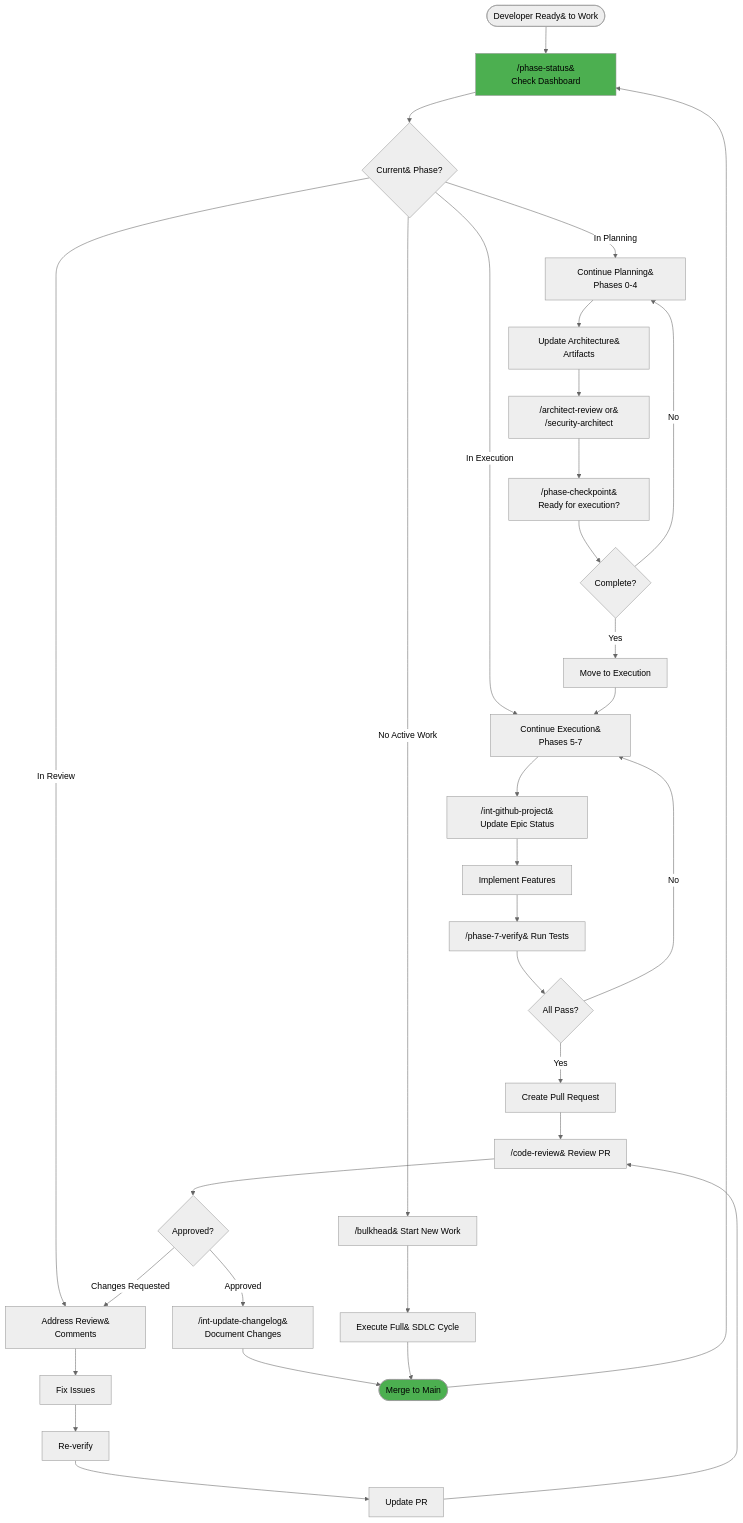
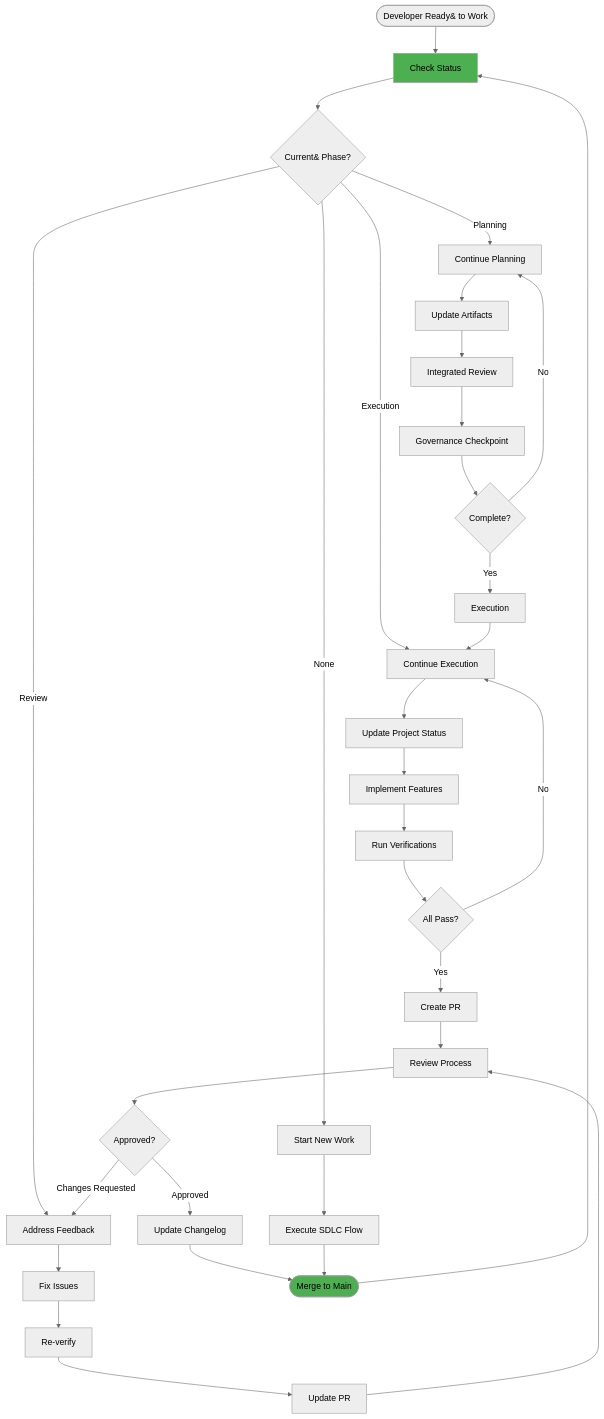
Before and after one commit to agarwalvipin/bulkhead: the fourth of 8 diagrams in docs/workflow-scenarios.md, drawn with Mermaid (neutral theme). The commit also changed other lines of this file and 19 other files, not shown here.

````diff
--- a/docs/workflow-scenarios.md
+++ b/docs/workflow-scenarios.md
@@ -178,48 +180,48 @@
 ```mermaid
 graph TD
-    Start(["Developer Ready&#10;to Work"]) --> Status["/phase-status&#10;Check Dashboard"]
+    Start(["Developer Ready&#10;to Work"]) --> Status["Check Status"]
     
     Status --> StatusCheck{"Current&#10;Phase?"}
     
-    StatusCheck -->|No Active Work| NewWork["/bulkhead&#10;Start New Work"]
-    StatusCheck -->|In Planning| Planning["Continue Planning&#10;Phases 0-4"]
-    StatusCheck -->|In Execution| Execution["Continue Execution&#10;Phases 5-7"]
-    StatusCheck -->|In Review| Review["Address Review&#10;Comments"]
+    StatusCheck -->|None| NewWork["Start New Work"]
+    StatusCheck -->|Planning| Planning["Continue Planning"]
+    StatusCheck -->|Execution| Execution["Continue Execution"]
+    StatusCheck -->|Review| Review["Address Feedback"]
     
-    NewWork --> FullCycle["Execute Full&#10;SDLC Cycle"]
+    NewWork --> FullCycle["Execute SDLC Flow"]
     
-    Planning --> UpdateArtifacts["Update Architecture&#10;Artifacts"]
-    UpdateArtifacts --> PlanningReview["/architect-review or&#10;/security-architect"]
-    PlanningReview --> CheckPoint1["/phase-checkpoint&#10;Ready for execution?"]
+    Planning --> UpdateArtifacts["Update Artifacts"]
+    UpdateArtifacts --> PlanningReview["Integrated Review"]
+    PlanningReview --> CheckPoint1["Governance Checkpoint"]
     CheckPoint1 --> Proceed1{Complete?}
     Proceed1 -->|No| Planning
-    Proceed1 -->|Yes| ToExecution[Move to Execution]
+    Proceed1 -->|Yes| ToExecution[Execution]
     
-    Execution --> GitSync["/int-github-project&#10;Update Epic Status"]
+    Execution --> GitSync["Update Project Status"]
     GitSync --> WriteCode[Implement Features]
-    WriteCode --> Verify["/phase-7-verify&#10;Run Tests"]
+    WriteCode --> Verify["Run Verifications"]
     Verify --> VerifyOK{All Pass?}
     VerifyOK -->|No| Execution
-    VerifyOK -->|Yes| CreatePR[Create Pull Request]
+    VerifyOK -->|Yes| CreatePR[Create PR]
     
-    CreatePR --> CodeReviewFlow["/code-review&#10;Review PR"]
+    CreatePR --> CodeReviewFlow["Review Process"]
     
     Review --> AddressComments[Fix Issues]
     AddressComments --> Reverify[Re-verify]
     Reverify --> UpdatePR[Update PR]
     
     CodeReviewFlow --> ReviewDecision{Approved?}
     UpdatePR --> CodeReviewFlow
     
     ReviewDecision -->|Changes Requested| Review
-    ReviewDecision -->|Approved| UpdateLog["/int-update-changelog&#10;Document Changes"]
+    ReviewDecision -->|Approved| UpdateLog["Update Changelog"]
     
     UpdateLog --> Merge([Merge to Main])
     ToExecution --> Execution
     FullCycle --> Merge
     
     Merge --> Status
     
     style Status fill:#4CAF50
     style Merge fill:#4CAF50
 ```
````
